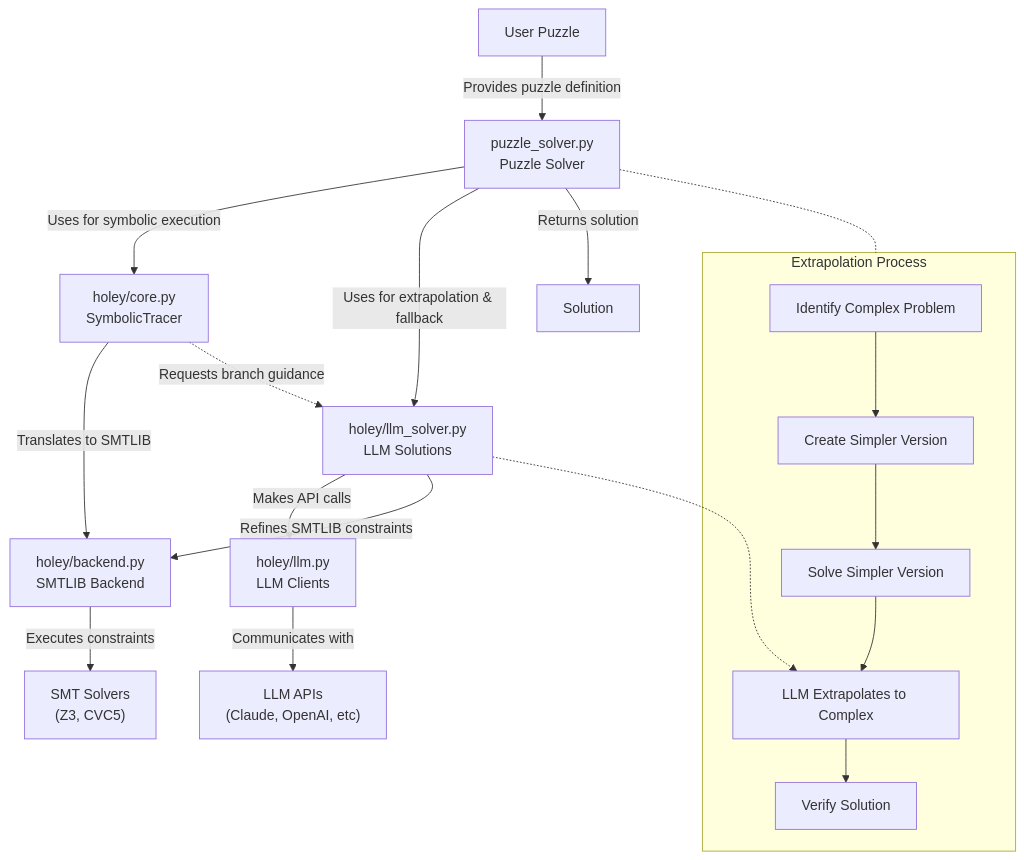
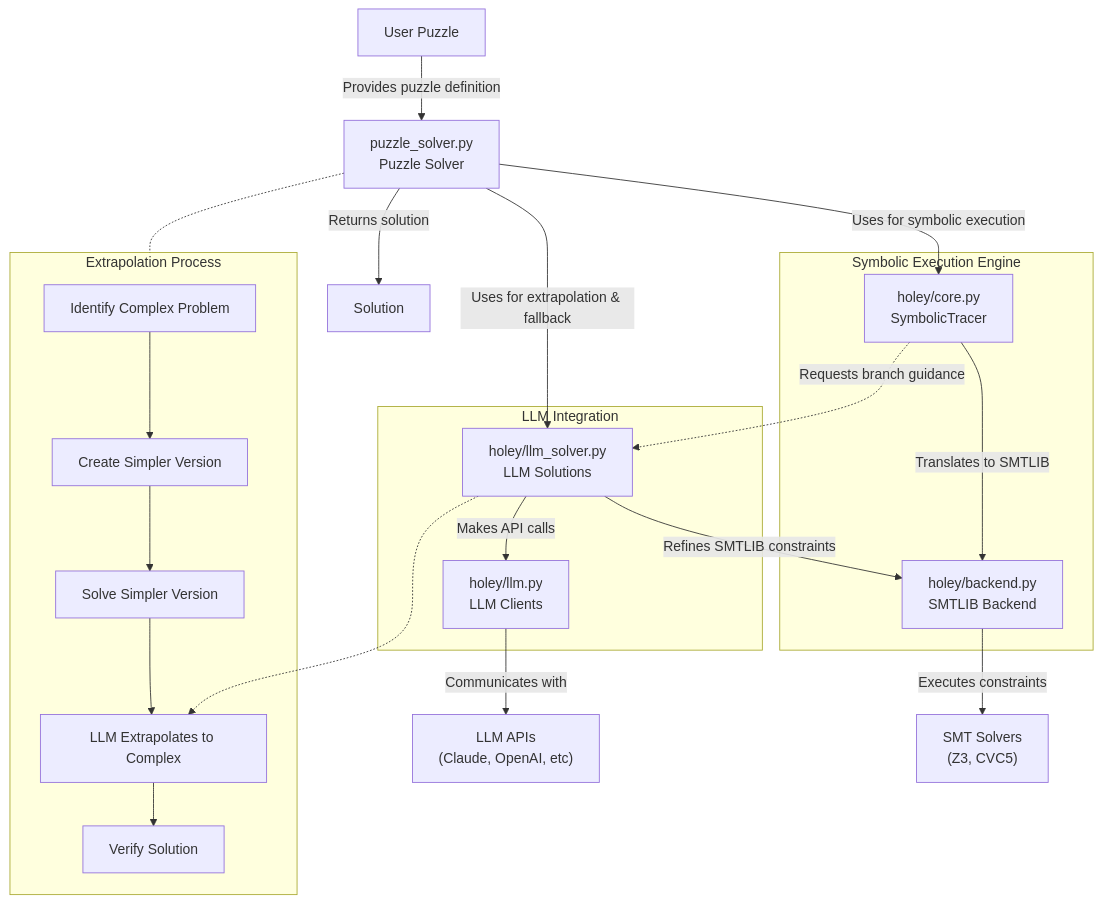
Before and after one commit to namin/holey: the diagram in diagram.md, drawn with Mermaid.

Commit message:
Update diagram.md with more key steps and blocks

````diff
--- a/diagram.md
+++ b/diagram.md
@@ -3,42 +3,53 @@
 ```mermaid
 graph TD
     %% Core Components
     Core["holey/core.py<br>SymbolicTracer"]
     Backend["holey/backend.py<br>SMTLIB Backend"]
     PuzzleSolver["puzzle_solver.py<br>Puzzle Solver"]
     LLM["holey/llm.py<br>LLM Clients"]
     LLMSolver["holey/llm_solver.py<br>LLM Solutions"]
     
     %% External Components
+    LLMProviders["LLM APIs<br>(Claude, OpenAI, etc)"]
     SMTSolvers["SMT Solvers<br>(Z3, CVC5)"]
-    LLMProviders["LLM APIs<br>(Claude, OpenAI, etc)"]
     
     %% Main Dependencies with labels
     PuzzleSolver -->|"Uses for symbolic execution"| Core
     PuzzleSolver -->|"Uses for extrapolation & fallback"| LLMSolver
     Core -->|"Translates to SMTLIB"| Backend
     Backend -->|"Executes constraints"| SMTSolvers
     LLMSolver -->|"Makes API calls"| LLM
     LLMSolver -->|"Refines SMTLIB constraints"| Backend
     LLM -->|"Communicates with"| LLMProviders
     Core -.->|"Requests branch guidance"| LLMSolver
     
     %% Input/Output
     UserPuzzle["User Puzzle"] -->|"Provides puzzle definition"| PuzzleSolver
     PuzzleSolver -->|"Returns solution"| Solution["Solution"]
 
     %% Extrapolation Process Highlight
     subgraph ExtrapolationProcess["Extrapolation Process"]
         Step1["Identify Complex Problem"]
         Step2["Create Simpler Version"]
         Step3["Solve Simpler Version"]
         Step4["LLM Extrapolates to Complex"]
         Step5["Verify Solution"]
         
         Step1 --> Step2 --> Step3 --> Step4 --> Step5
     end
     
     %% Connect to main flow
     PuzzleSolver -.- ExtrapolationProcess
     LLMSolver -.-> Step4
+    
+    %% Component Grouping
+    subgraph SymbolicExecution["Symbolic Execution Engine"]
+        Core
+        Backend
+    end
+    
+    subgraph LLMIntegration["LLM Integration"]
+        LLM
+        LLMSolver
+    end
 ```
````
